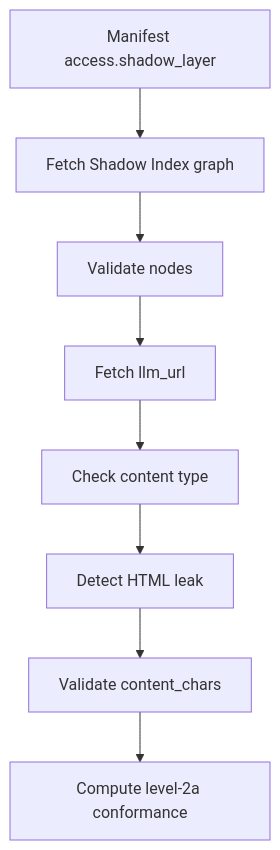
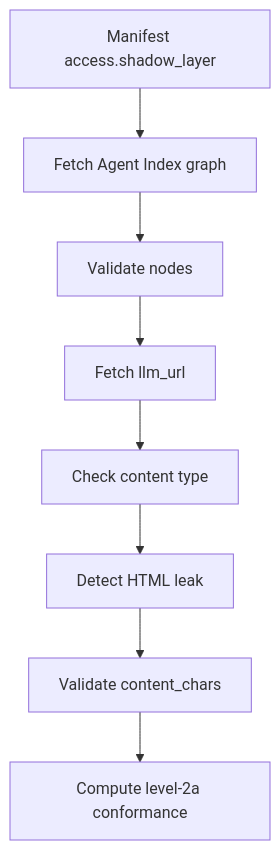
The diagram in docs/guide/level-2a-shadow-index.md (jordachmakaya/index-ai-validator), drawn with Mermaid before and after one commit. The commit also changed other lines of this file and 14 other files, not shown here.

Commit message:
fix: align package metadata and agent index wording

````diff
--- a/docs/guide/level-2a-shadow-index.md
+++ b/docs/guide/level-2a-shadow-index.md
@@ -145,10 +148,10 @@
 ```mermaid
 flowchart TD
-  A["Manifest access.shadow_layer"] --> B["Fetch Shadow Index graph"]
+  A["Manifest access.shadow_layer"] --> B["Fetch Agent Index graph"]
   B --> C["Validate nodes"]
   C --> D["Fetch llm_url"]
   D --> E["Check content type"]
   E --> F["Detect HTML leak"]
   F --> G["Validate content_chars"]
   G --> H["Compute level-2a conformance"]
 ```
````
